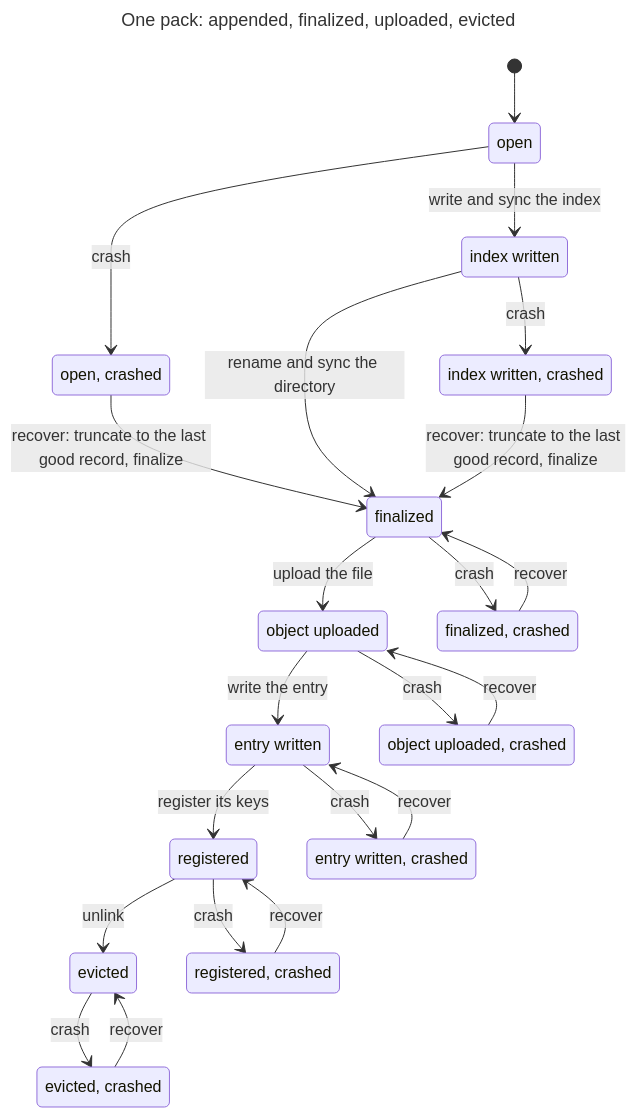
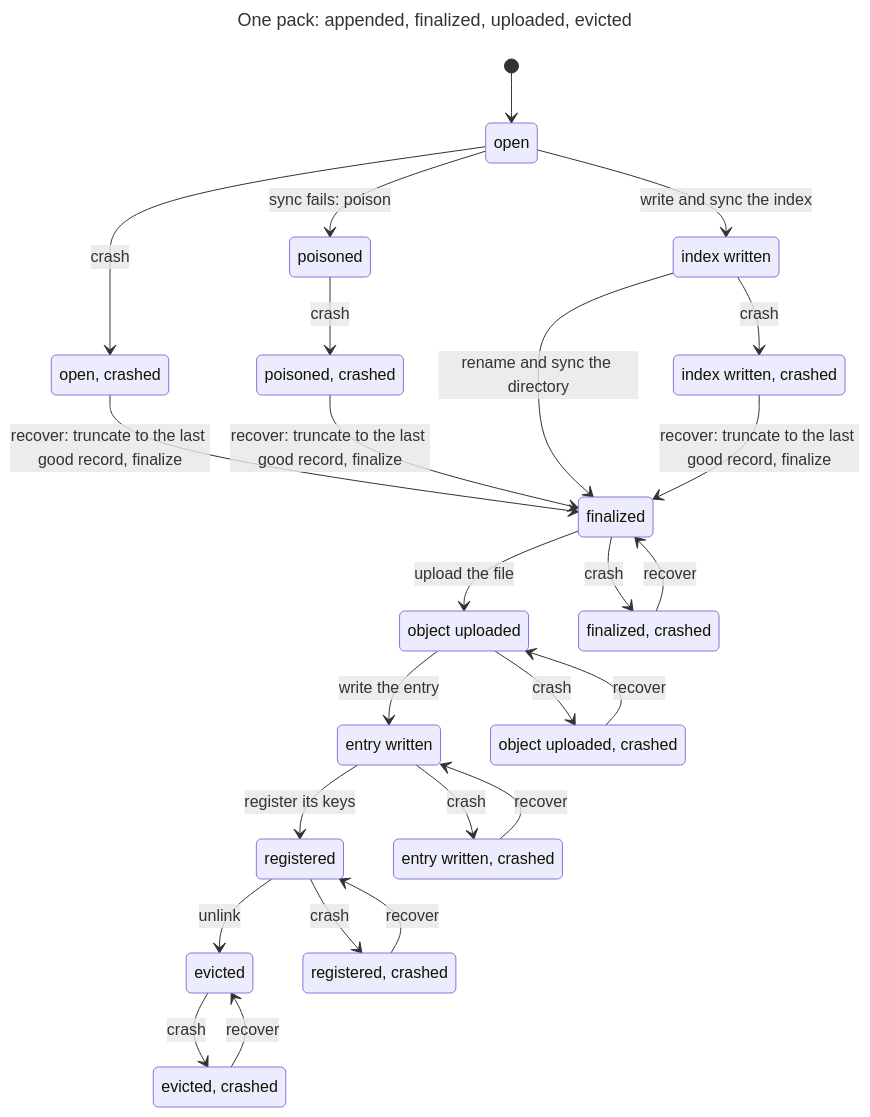
One commit to s4wave/spacewave changed the diagram in db/packfile/packahead/PackAheadLife.chart.mmd. Above: the diagram before and after it, drawn with Mermaid. The commit also changed 5 other files, not shown here.

```diff
--- a/db/packfile/packahead/PackAheadLife.chart.mmd
+++ b/db/packfile/packahead/PackAheadLife.chart.mmd
@@ -1,39 +1,44 @@
 ---
 title: "One pack: appended, finalized, uploaded, evicted"
 ---
 stateDiagram-v2
   s0: open
   s1: open, crashed
-  s2: finalized
-  s3: object uploaded
-  s4: index written
-  s5: entry written
-  s6: registered
-  s7: index written, crashed
-  s8: evicted
-  s9: finalized, crashed
-  s10: object uploaded, crashed
-  s11: entry written, crashed
-  s12: registered, crashed
-  s13: evicted, crashed
+  s2: poisoned
+  s3: finalized
+  s4: object uploaded
+  s5: poisoned, crashed
+  s6: index written
+  s7: entry written
+  s8: registered
+  s9: index written, crashed
+  s10: evicted
+  s11: finalized, crashed
+  s12: object uploaded, crashed
+  s13: entry written, crashed
+  s14: registered, crashed
+  s15: evicted, crashed
   [*] --> s0
   s0 --> s1: crash
-  s1 --> s2: recover: truncate to the last good record, finalize
-  s2 --> s3: upload the file
-  s0 --> s4: write and sync the index
-  s3 --> s5: write the entry
-  s4 --> s2: rename and sync the directory
-  s4 --> s7: crash
-  s5 --> s6: register its keys
-  s2 --> s9: crash
-  s6 --> s8: unlink
-  s7 --> s2: recover: truncate to the last good record, finalize
-  s3 --> s10: crash
-  s9 --> s2: recover
-  s5 --> s11: crash
-  s10 --> s3: recover
-  s6 --> s12: crash
-  s11 --> s5: recover
-  s8 --> s13: crash
-  s12 --> s6: recover
-  s13 --> s8: recover
+  s0 --> s2: sync fails: poison
+  s1 --> s3: recover: truncate to the last good record, finalize
+  s2 --> s5: crash
+  s3 --> s4: upload the file
+  s0 --> s6: write and sync the index
+  s4 --> s7: write the entry
+  s5 --> s3: recover: truncate to the last good record, finalize
+  s6 --> s3: rename and sync the directory
+  s6 --> s9: crash
+  s7 --> s8: register its keys
+  s3 --> s11: crash
+  s8 --> s10: unlink
+  s9 --> s3: recover: truncate to the last good record, finalize
+  s4 --> s12: crash
+  s11 --> s3: recover
+  s7 --> s13: crash
+  s12 --> s4: recover
+  s8 --> s14: crash
+  s13 --> s7: recover
+  s10 --> s15: crash
+  s14 --> s8: recover
+  s15 --> s10: recover
```
